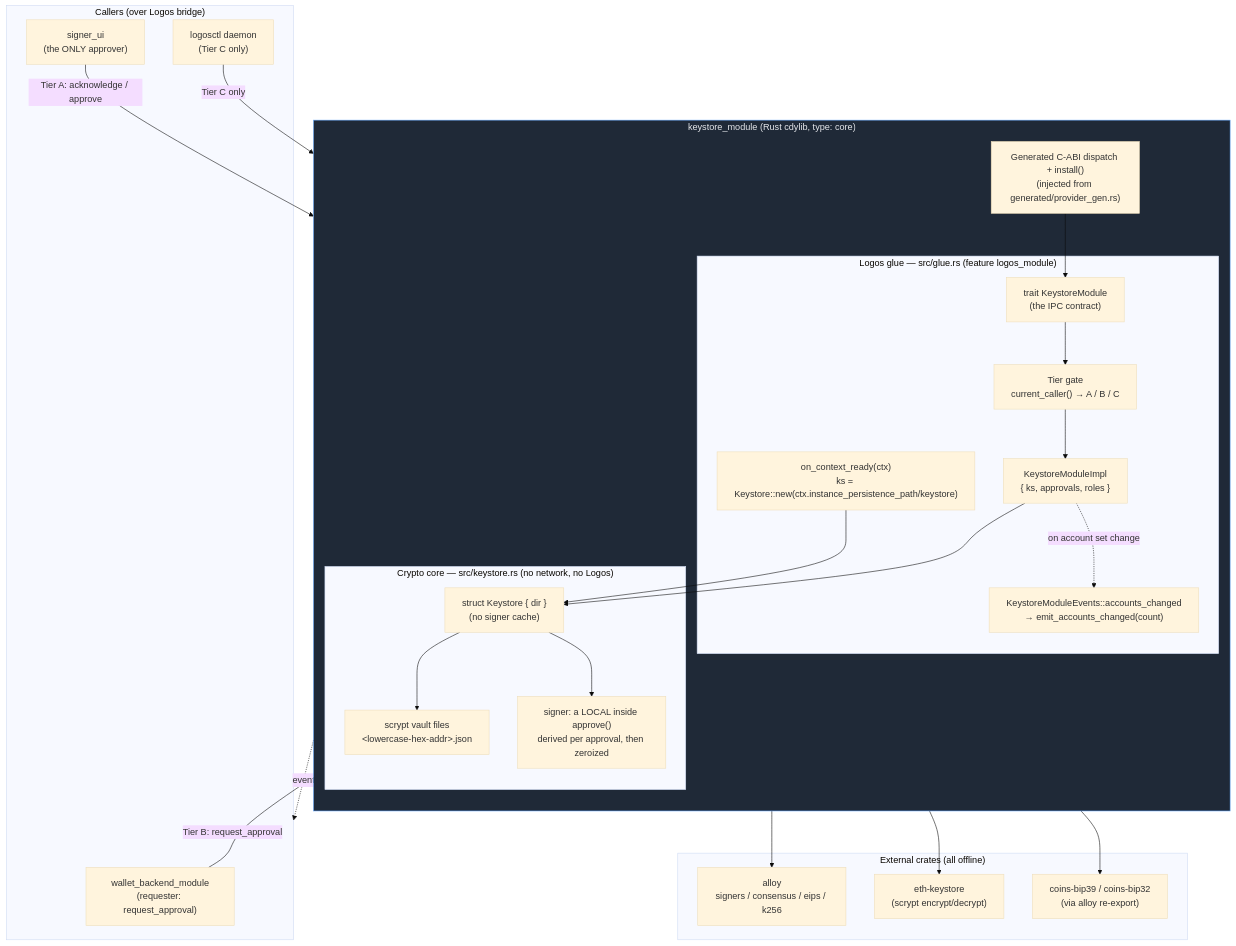
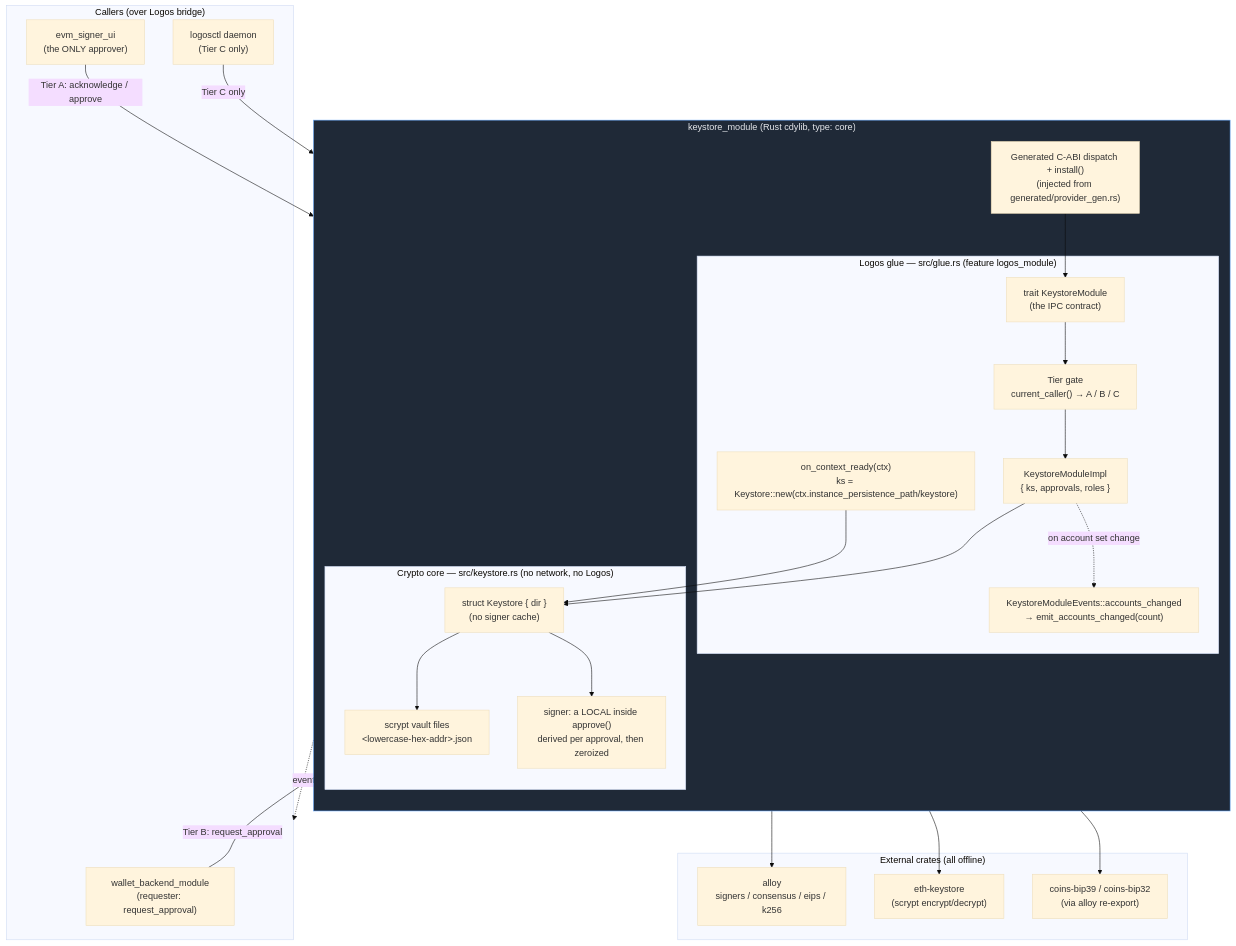
One commit to logos-co/logos-evm-keystore-module changed the first of 2 diagrams in docs/specs.md. Above: the diagram before and after it, drawn with Mermaid (base theme). The commit also changed other lines of this file and 6 other files, not shown here.

First line of the commit message:
feat!: the default approver is evm_signer_ui, the default custodian evm_keystore_ui

````diff
--- a/docs/specs.md
+++ b/docs/specs.md
@@ -61,50 +61,50 @@
 ```mermaid
 flowchart TB
     subgraph Callers["Callers (over Logos bridge)"]
         BE["wallet_backend_module<br/>(requester: request_approval)"]
-        SU["signer_ui<br/>(the ONLY approver)"]
+        SU["evm_signer_ui<br/>(the ONLY approver)"]
         LC["logosctl daemon<br/>(Tier C only)"]
     end
 
     subgraph Module["keystore_module (Rust cdylib, type: core)"]
         direction TB
         DISP["Generated C-ABI dispatch + install()<br/>(injected from generated/provider_gen.rs)"]
         subgraph Glue["Logos glue — src/glue.rs (feature logos_module)"]
             TRAIT["trait KeystoreModule<br/>(the IPC contract)"]
             IMPL["KeystoreModuleImpl<br/>{ ks, approvals, roles }"]
             GATE["Tier gate<br/>current_caller() → A / B / C"]
             EV["KeystoreModuleEvents::accounts_changed<br/>→ emit_accounts_changed(count)"]
             CTX["on_context_ready(ctx)<br/>ks = Keystore::new(ctx.instance_persistence_path/keystore)"]
         end
         subgraph Core["Crypto core — src/keystore.rs (no network, no Logos)"]
             KS["struct Keystore { dir }<br/>(no signer cache)"]
             VAULTS["scrypt vault files<br/>&lt;lowercase-hex-addr&gt;.json"]
             MEM["signer: a LOCAL inside approve()<br/>derived per approval, then zeroized"]
         end
     end
 
     subgraph Deps["External crates (all offline)"]
         ALLOY["alloy<br/>signers / consensus / eips / k256"]
         ETHKS["eth-keystore<br/>(scrypt encrypt/decrypt)"]
         BIP39["coins-bip39 / coins-bip32<br/>(via alloy re-export)"]
     end
 
     BE -->|Tier B: request_approval| DISP
     SU -->|Tier A: acknowledge / approve| DISP
     LC -->|Tier C only| DISP
     DISP --> TRAIT
     TRAIT --> GATE
     GATE --> IMPL
     IMPL --> KS
     IMPL -.->|on account set change| EV
     EV -.->|event| Callers
     CTX --> KS
     KS --> VAULTS
     KS --> MEM
     KS --> ALLOY
     KS --> ETHKS
     KS --> BIP39
 
     classDef boundary fill:#1f2937,stroke:#60a5fa,color:#e5e7eb;
     class Module boundary;
 ```
````
